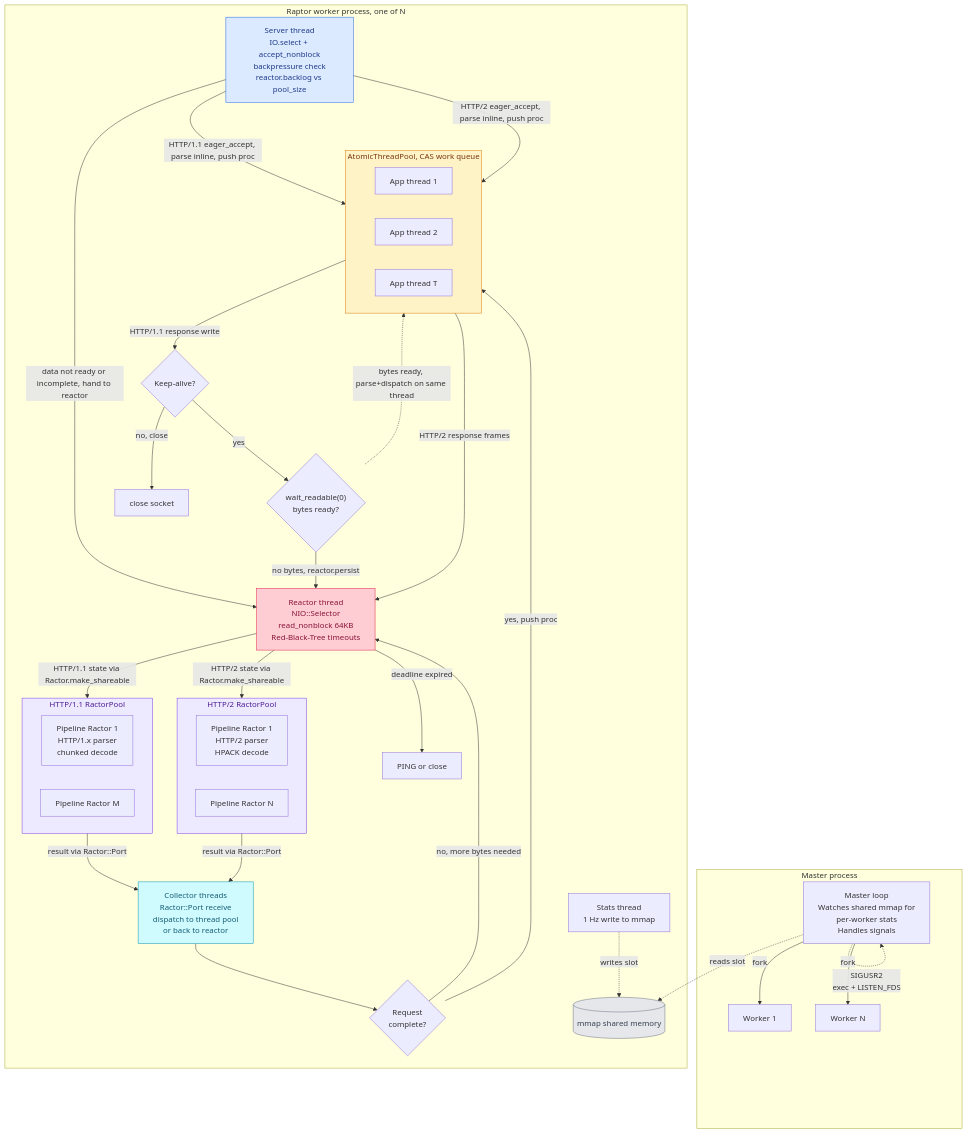
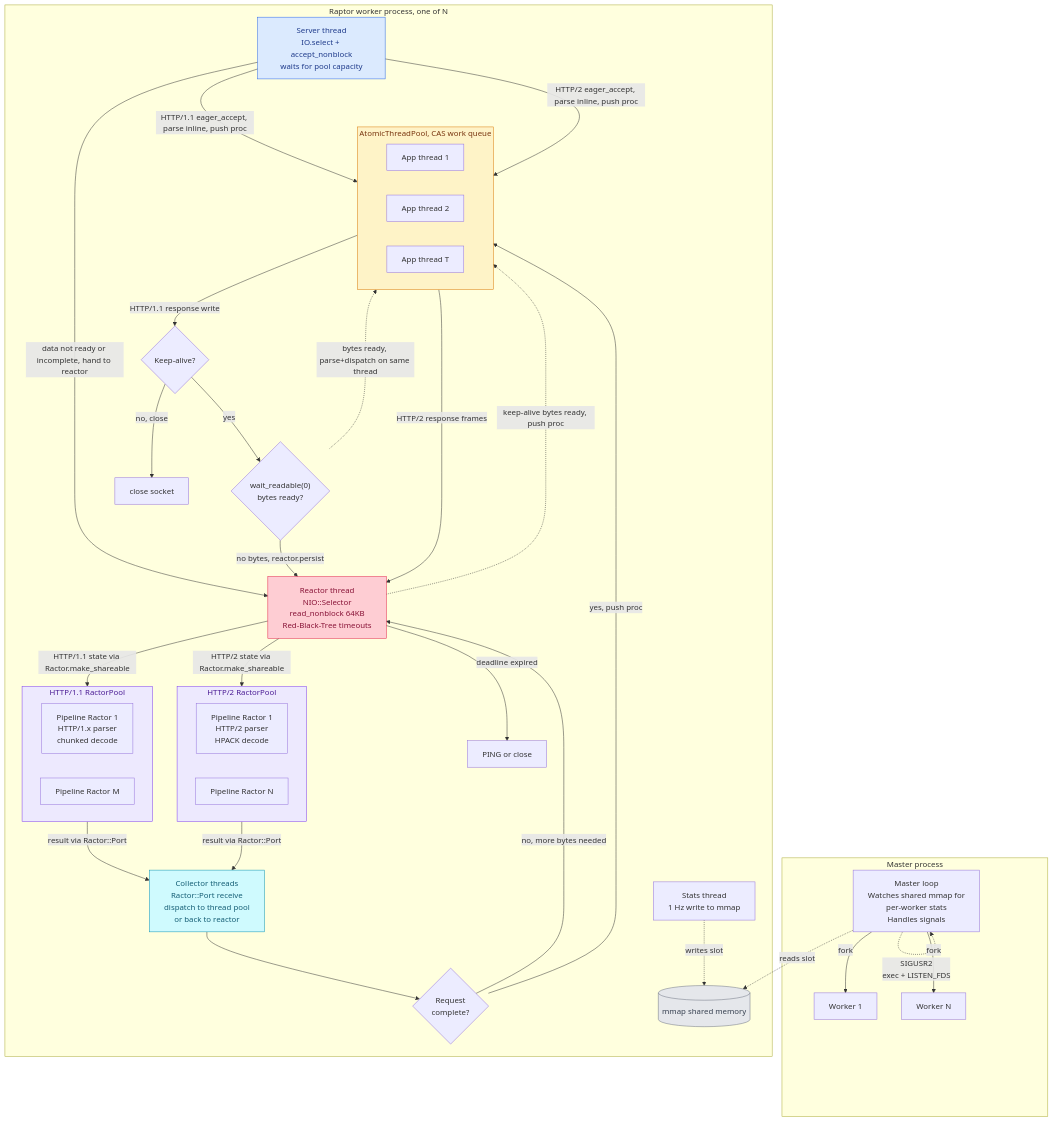
Before and after one commit to joshuay03/raptor: the second of 4 diagrams in docs/raptor-vs-puma.md, drawn with Mermaid. The commit also changed other lines of this file, not shown here.

````diff
--- a/docs/raptor-vs-puma.md
+++ b/docs/raptor-vs-puma.md
@@ -358,75 +360,76 @@
 ```mermaid
 flowchart TB
     subgraph Master["Master process"]
         MM["Master loop<br/>Watches shared mmap for<br/>per-worker stats<br/>Handles signals"]
         MM -->|"fork"| WK1["Worker 1"]
         MM -->|"fork"| WKN["Worker N"]
         MM -.->|"SIGUSR2<br/>exec + LISTEN_FDS"| MM
     end
 
     subgraph Worker["Raptor worker process, one of N"]
-        SRV["Server thread<br/>IO.select + accept_nonblock<br/>backpressure check<br/>reactor.backlog vs pool_size"]
+        SRV["Server thread<br/>IO.select + accept_nonblock<br/>waits for pool capacity"]
 
         RCT["Reactor thread<br/>NIO::Selector<br/>read_nonblock 64KB<br/>Red-Black-Tree timeouts"]
 
         subgraph RP1["HTTP/1.1 RactorPool"]
             RW1["Pipeline Ractor 1<br/>HTTP/1.x parser<br/>chunked decode"]
             RWM["Pipeline Ractor M"]
         end
 
         subgraph RP2["HTTP/2 RactorPool"]
             RW2["Pipeline Ractor 1<br/>HTTP/2 parser<br/>HPACK decode"]
             RWN["Pipeline Ractor N"]
         end
 
         COL["Collector threads<br/>Ractor::Port receive<br/>dispatch to thread pool<br/>or back to reactor"]
 
         subgraph ATP["AtomicThreadPool, CAS work queue"]
             TR1["App thread 1"]
             TR2["App thread 2"]
             TR3["App thread T"]
         end
 
         STA["Stats thread<br/>1 Hz write to mmap"]
 
         CHK{"Request<br/>complete?"}
         KA{"Keep-alive?"}
         EAG{"wait_readable(0)<br/>bytes ready?"}
 
         SRV -->|"HTTP/1.1 eager_accept, parse inline, push proc"| ATP
         SRV -->|"HTTP/2 eager_accept, parse inline, push proc"| ATP
         SRV -->|"data not ready or incomplete, hand to reactor"| RCT
         RCT -->|"HTTP/1.1 state via Ractor.make_shareable"| RP1
         RCT -->|"HTTP/2 state via Ractor.make_shareable"| RP2
         RP1 -->|"result via Ractor::Port"| COL
         RP2 -->|"result via Ractor::Port"| COL
         COL --> CHK
         CHK -->|"no, more bytes needed"| RCT
         CHK -->|"yes, push proc"| ATP
         ATP -->|"HTTP/2 response frames"| RCT
         ATP -->|"HTTP/1.1 response write"| KA
         KA -->|"no, close"| CLS["close socket"]
         KA -->|"yes"| EAG
         EAG -.->|"bytes ready, parse+dispatch on same thread"| ATP
         EAG -->|"no bytes, reactor.persist"| RCT
+        RCT -.->|"keep-alive bytes ready, push proc"| ATP
         RCT -->|"deadline expired"| TO["PING or close"]
 
         STA -.->|"writes slot"| SHM[("mmap shared memory")]
     end
 
     MM -.->|"reads slot"| SHM
 
     classDef accept fill:#dbeafe,stroke:#2563eb,color:#1e3a8a
     classDef reactor fill:#fecdd3,stroke:#e11d48,color:#881337
     classDef parse fill:#ede9fe,stroke:#7c3aed,color:#4c1d95
     classDef pool fill:#fef3c7,stroke:#d97706,color:#78350f
     classDef collector fill:#cffafe,stroke:#0891b2,color:#155e75
     classDef storage fill:#e5e7eb,stroke:#6b7280,color:#374151
     class SRV accept
     class RCT reactor
     class RP1 parse
     class RP2 parse
     class ATP pool
     class COL collector
     class SHM storage
 ```
````
